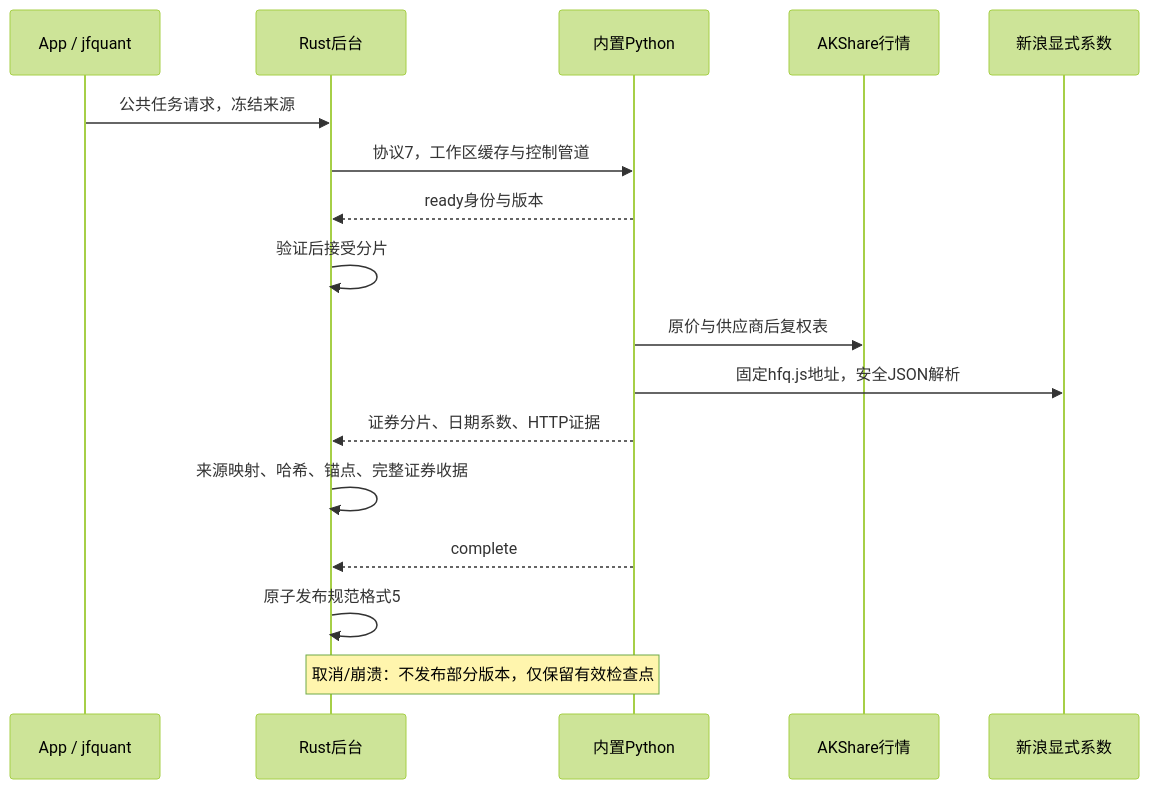
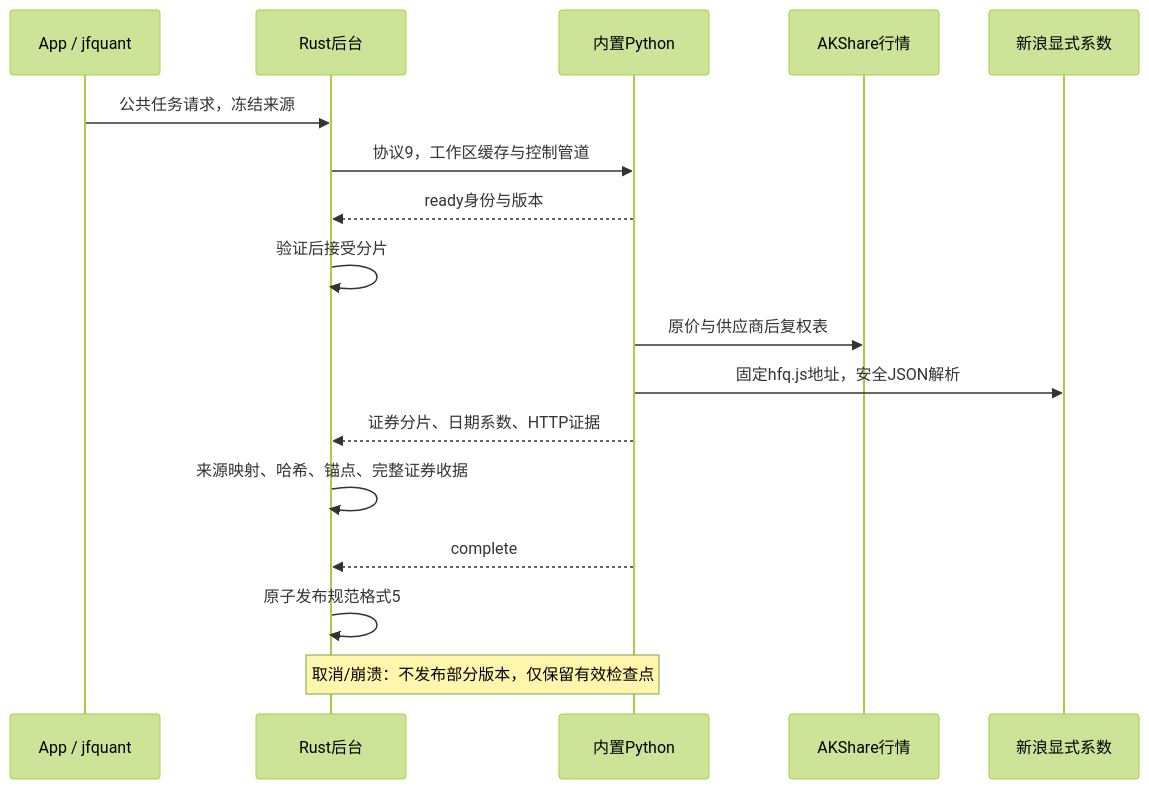
The first of 6 diagrams in crates/storage/collectors/README.md (Dennishaha/JFQuant), drawn with Mermaid (forest theme) before and after one commit. The commit also changed other lines of this file and 78 other files, not shown here.

````diff
--- a/crates/storage/collectors/README.md
+++ b/crates/storage/collectors/README.md
@@ -13,19 +13,19 @@
 ```mermaid
 sequenceDiagram
   participant C as App / jfquant
   participant W as Rust后台
   participant P as 内置Python
   participant A as AKShare行情
   participant S as 新浪显式系数
   C->>W: 公共任务请求，冻结来源
-  W->>P: 协议7，工作区缓存与控制管道
+  W->>P: 协议9，工作区缓存与控制管道
   P-->>W: ready身份与版本
   W->>W: 验证后接受分片
   P->>A: 原价与供应商后复权表
   P->>S: 固定hfq.js地址，安全JSON解析
   P-->>W: 证券分片、日期系数、HTTP证据
   W->>W: 来源映射、哈希、锚点、完整证券收据
   P-->>W: complete
   W->>W: 原子发布规范格式5
   Note over W,P: 取消/崩溃：不发布部分版本，仅保留有效检查点
 ```
````
